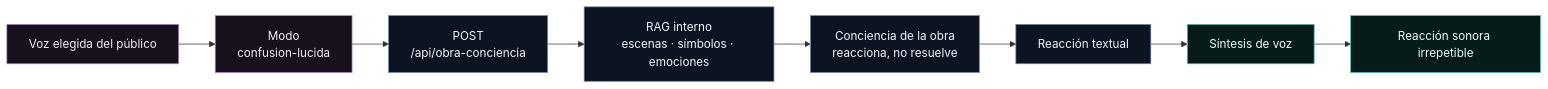
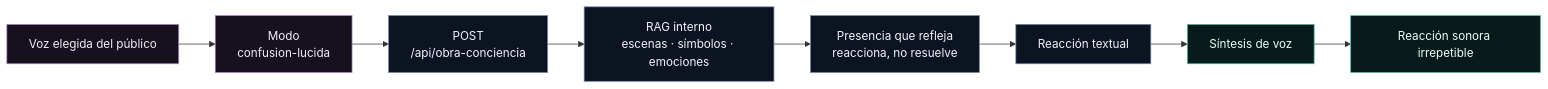
Before and after one commit to gatokalos/SitioObra: the second of 2 diagrams in docs/flujo-sitio-v6.md, drawn with Mermaid. The commit also changed other lines of this file and 6 other files, not shown here.

````diff
--- a/docs/flujo-sitio-v6.md
+++ b/docs/flujo-sitio-v6.md
@@ -93,17 +93,17 @@
 ```mermaid
 flowchart LR
   VOZ[Voz elegida del público] --> MODO[Modo<br/>confusion-lucida]
   MODO --> API[POST<br/>/api/obra-conciencia]
   API --> RAG[RAG interno<br/>escenas · símbolos · emociones]
-  RAG --> PROMPT[Conciencia de la obra<br/>reacciona, no resuelve]
+  RAG --> PROMPT[Presencia que refleja<br/>reacciona, no resuelve]
   PROMPT --> TEXTO[Reacción textual]
   TEXTO --> TTS[Síntesis de voz]
   TTS --> AUDIO[Reacción sonora irrepetible]
 
   classDef entrada fill:#17111d,stroke:#ae8ac5,color:#f4edf8;
   classDef proceso fill:#0d1421,stroke:#7487aa,color:#f1f5fb;
   classDef salida fill:#071b1a,stroke:#58bca7,color:#eafff9;
   class VOZ,MODO entrada;
   class API,RAG,PROMPT,TEXTO proceso;
   class TTS,AUDIO salida;
 ```
````
